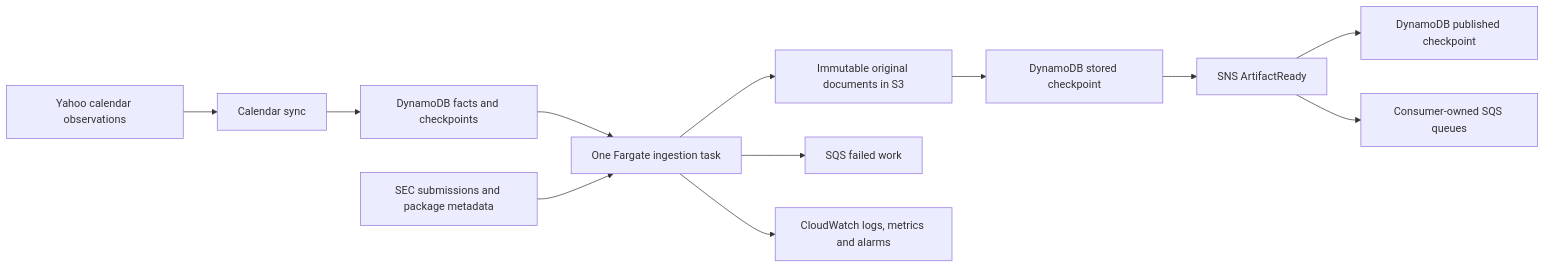
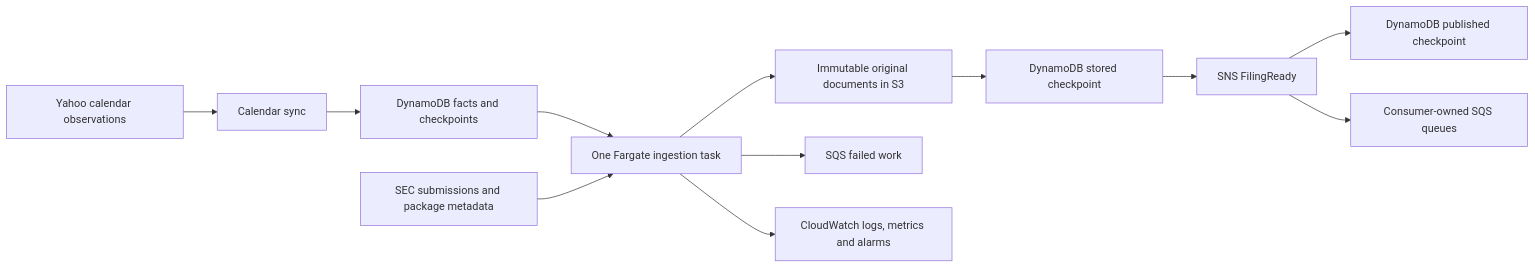
One commit to ilancooke/finbot-filings changed the diagram in docs/ARCHITECTURE.md. Above: the diagram before and after it, drawn with Mermaid. The commit also changed other lines of this file and 39 other files, not shown here.

Commit message:
Publish complete filings through a filing-ready topic

````diff
--- a/docs/ARCHITECTURE.md
+++ b/docs/ARCHITECTURE.md
@@ -27,14 +27,14 @@
 ```mermaid
 flowchart LR
     Yahoo[Yahoo calendar observations] --> Sync[Calendar sync]
     Sync --> DB[DynamoDB facts and checkpoints]
     DB --> Runtime[One Fargate ingestion task]
     SEC[SEC submissions and package metadata] --> Runtime
     Runtime --> S3[Immutable original documents in S3]
     S3 --> Stored[DynamoDB stored checkpoint]
-    Stored --> SNS[SNS ArtifactReady]
+    Stored --> SNS[SNS FilingReady]
     SNS --> Published[DynamoDB published checkpoint]
     SNS --> Consumers[Consumer-owned SQS queues]
     Runtime --> Failed[SQS failed work]
     Runtime --> Logs[CloudWatch logs, metrics and alarms]
 ```
````
